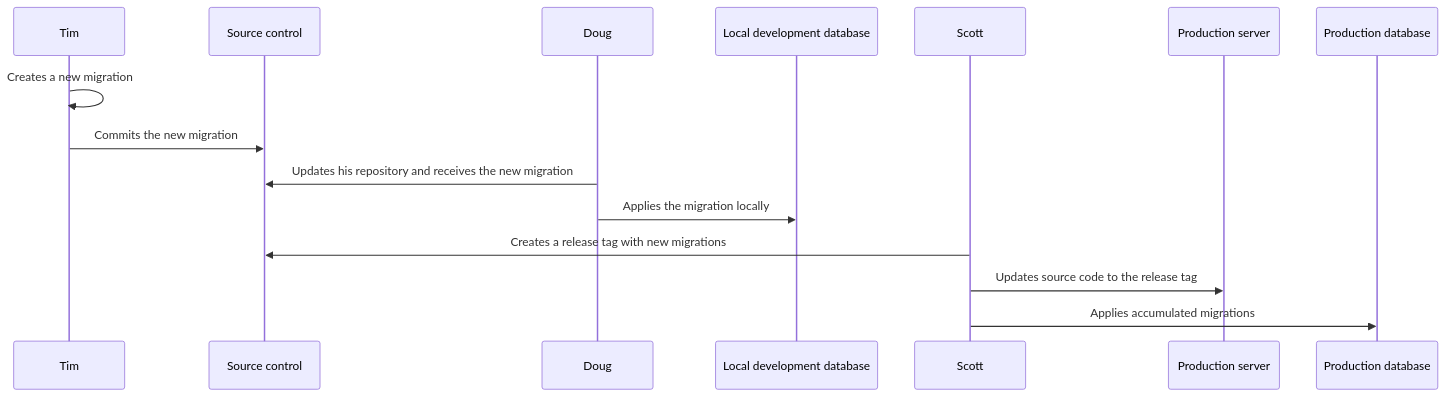
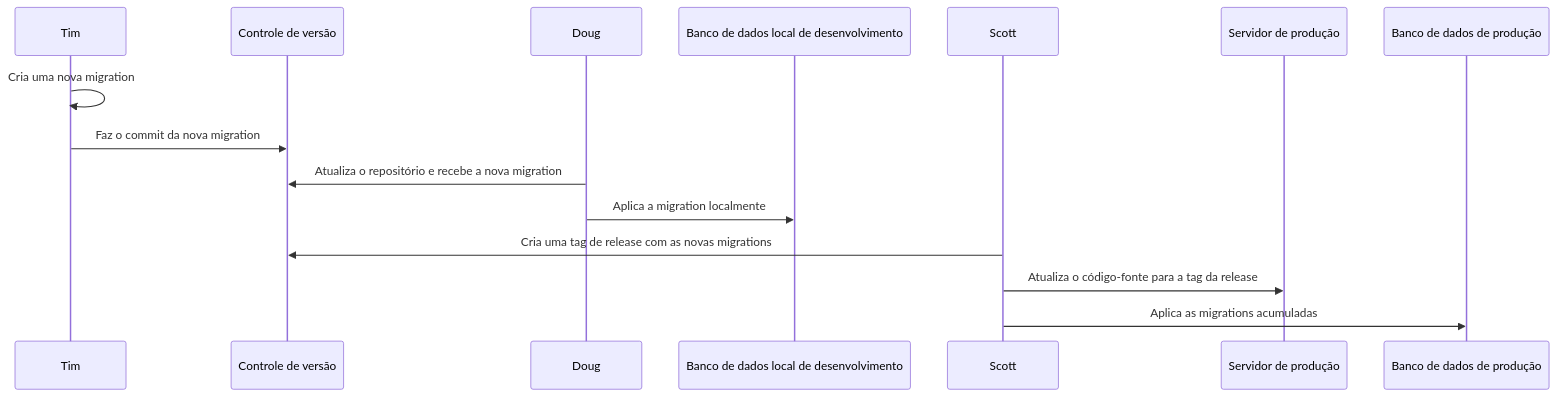
One commit to yiisoft/docs changed the diagram in src/pt-BR/guide/databases/db-migrations.md. Above: the diagram before and after it, drawn with Mermaid. The commit also changed other lines of this file and 23 other files, not shown here.

````diff
--- a/src/pt-BR/guide/databases/db-migrations.md
+++ b/src/pt-BR/guide/databases/db-migrations.md
@@ -36,19 +36,19 @@
 ```mermaid
 sequenceDiagram
     participant Tim
-    participant VCS as Source control
+    participant VCS as Controle de versão
     participant Doug
-    participant LocalDB as Local development database
+    participant LocalDB as Banco de dados local de desenvolvimento
     participant Scott
-    participant ProdServer as Production server
-    participant ProdDB as Production database
+    participant ProdServer as Servidor de produção
+    participant ProdDB as Banco de dados de produção
 
-    Tim->>Tim: Creates a new migration
-    Tim->>VCS: Commits the new migration
-    Doug->>VCS: Updates his repository and receives the new migration
-    Doug->>LocalDB: Applies the migration locally
+    Tim->>Tim: Cria uma nova migration
+    Tim->>VCS: Faz o commit da nova migration
+    Doug->>VCS: Atualiza o repositório e recebe a nova migration
+    Doug->>LocalDB: Aplica a migration localmente
 
-    Scott->>VCS: Creates a release tag with new migrations
-    Scott->>ProdServer: Updates source code to the release tag
-    Scott->>ProdDB: Applies accumulated migrations
+    Scott->>VCS: Cria uma tag de release com as novas migrations
+    Scott->>ProdServer: Atualiza o código-fonte para a tag da release
+    Scott->>ProdDB: Aplica as migrations acumuladas
 ```
````
